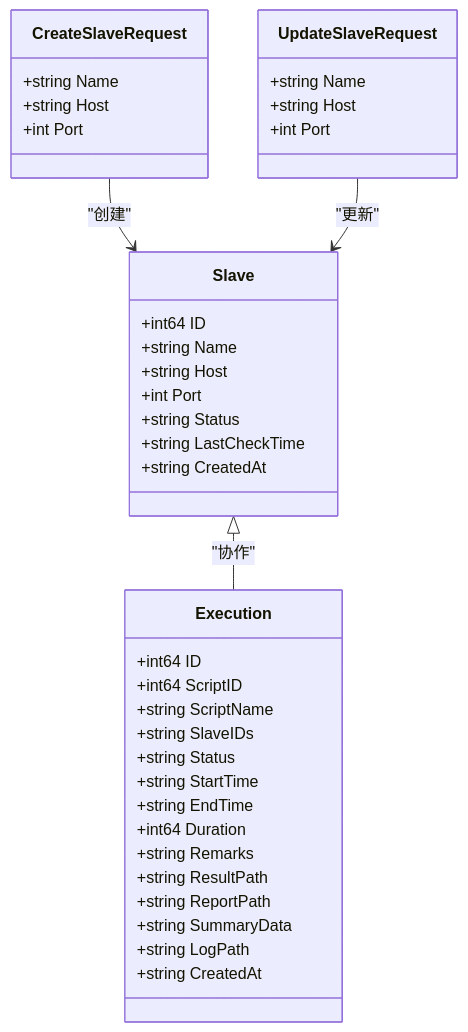
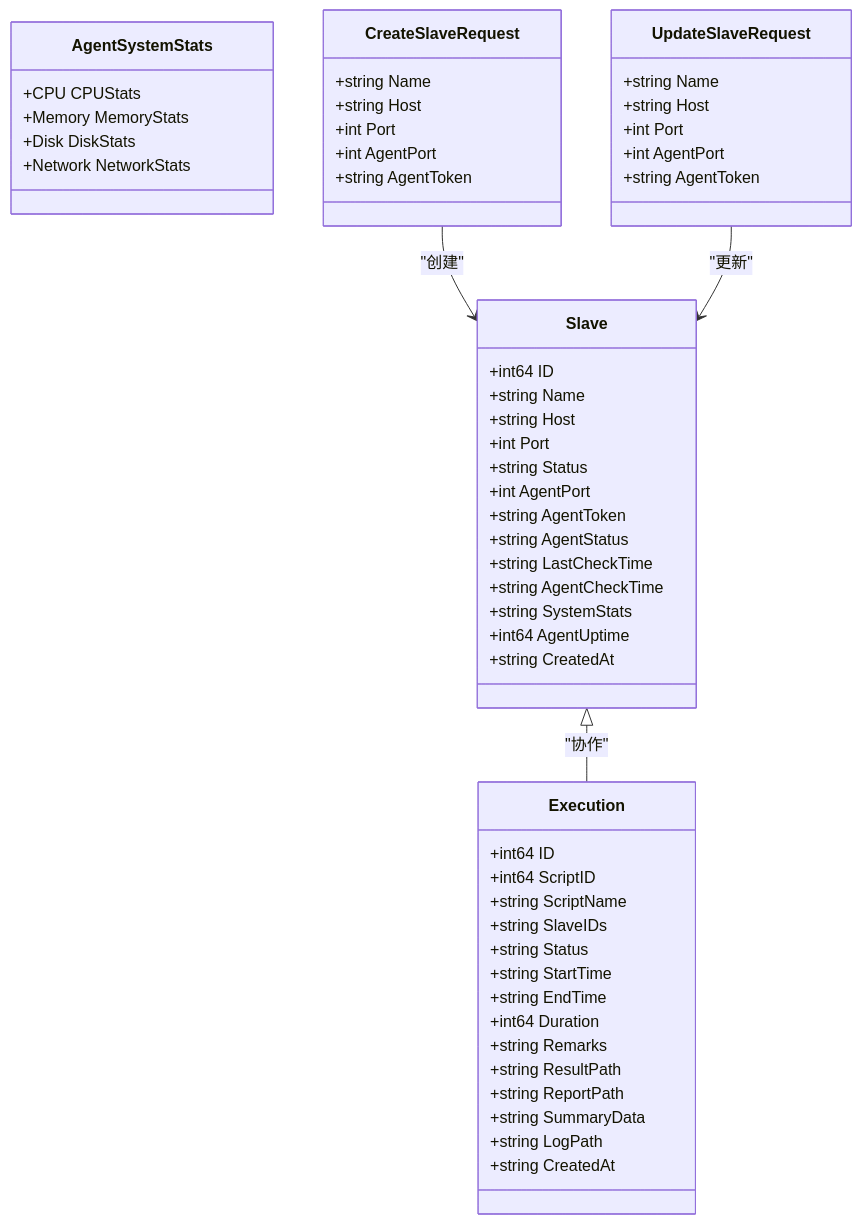
The second of 15 diagrams in .qoder/repowiki/zh/content/核心业务模块/Slave节点管理系统/Slave节点管理系统.md (Liyuhao02/Jmeter-Admin), drawn with Mermaid before and after one commit. The commit also changed other lines of this file and 13 other files, not shown here.

````diff
--- a/.qoder/repowiki/zh/content/核心业务模块/Slave节点管理系统/Slave节点管理系统.md
+++ b/.qoder/repowiki/zh/content/核心业务模块/Slave节点管理系统/Slave节点管理系统.md
@@ -91,41 +112,57 @@
 ```mermaid
 classDiagram
 class Slave {
 +int64 ID
 +string Name
 +string Host
 +int Port
 +string Status
++int AgentPort
++string AgentToken
++string AgentStatus
 +string LastCheckTime
++string AgentCheckTime
++string SystemStats
++int64 AgentUptime
 +string CreatedAt
 }
 class Execution {
 +int64 ID
 +int64 ScriptID
 +string ScriptName
 +string SlaveIDs
 +string Status
 +string StartTime
 +string EndTime
 +int64 Duration
 +string Remarks
 +string ResultPath
 +string ReportPath
 +string SummaryData
 +string LogPath
 +string CreatedAt
 }
+class AgentSystemStats {
++CPU CPUStats
++Memory MemoryStats
++Disk DiskStats
++Network NetworkStats
+}
 class CreateSlaveRequest {
 +string Name
 +string Host
 +int Port
++int AgentPort
++string AgentToken
 }
 class UpdateSlaveRequest {
 +string Name
 +string Host
 +int Port
++int AgentPort
++string AgentToken
 }
 Slave <|-- Execution : "协作"
 CreateSlaveRequest --> Slave : "创建"
 UpdateSlaveRequest --> Slave : "更新"
 ```
````
